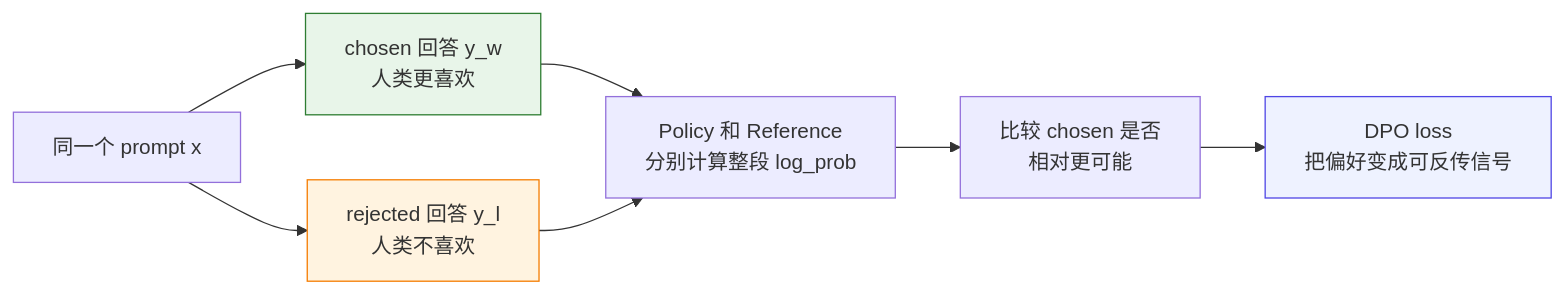
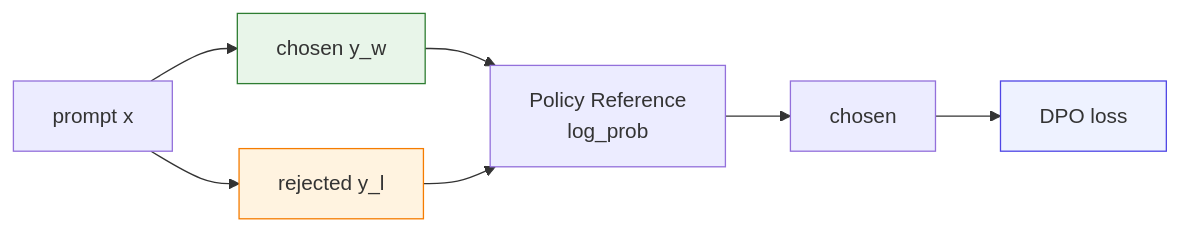
The first of 4 diagrams in docs/chapter09_alignment/dpo-theory-and-family.md (letslego/hands-on-modern-rl), drawn with Mermaid before and after one commit. The commit also changed other lines of this file and 267 other files, not shown here.

````diff
--- a/docs/chapter09_alignment/dpo-theory-and-family.md
+++ b/docs/chapter09_alignment/dpo-theory-and-family.md
@@ -7,13 +7,13 @@
 ```mermaid
 flowchart LR
-    X["同一个 prompt x"] --> W["chosen 回答 y_w\n人类更喜欢"]
-    X --> L["rejected 回答 y_l\n人类不喜欢"]
-    W --> P["Policy 和 Reference\n分别计算整段 log_prob"]
+    X[" prompt x"] --> W["chosen  y_w\n"]
+    X --> L["rejected  y_l\n"]
+    W --> P["Policy  Reference\n log_prob"]
     L --> P
-    P --> M["比较 chosen 是否\n相对更可能"]
-    M --> O["DPO loss\n把偏好变成可反传信号"]
+    P --> M[" chosen \n"]
+    M --> O["DPO loss\n"]
 
     style W fill:#e8f5e9,stroke:#2e7d32
     style L fill:#fff3e0,stroke:#f57c00
     style O fill:#eef2ff,stroke:#4f46e5
 ```
````
